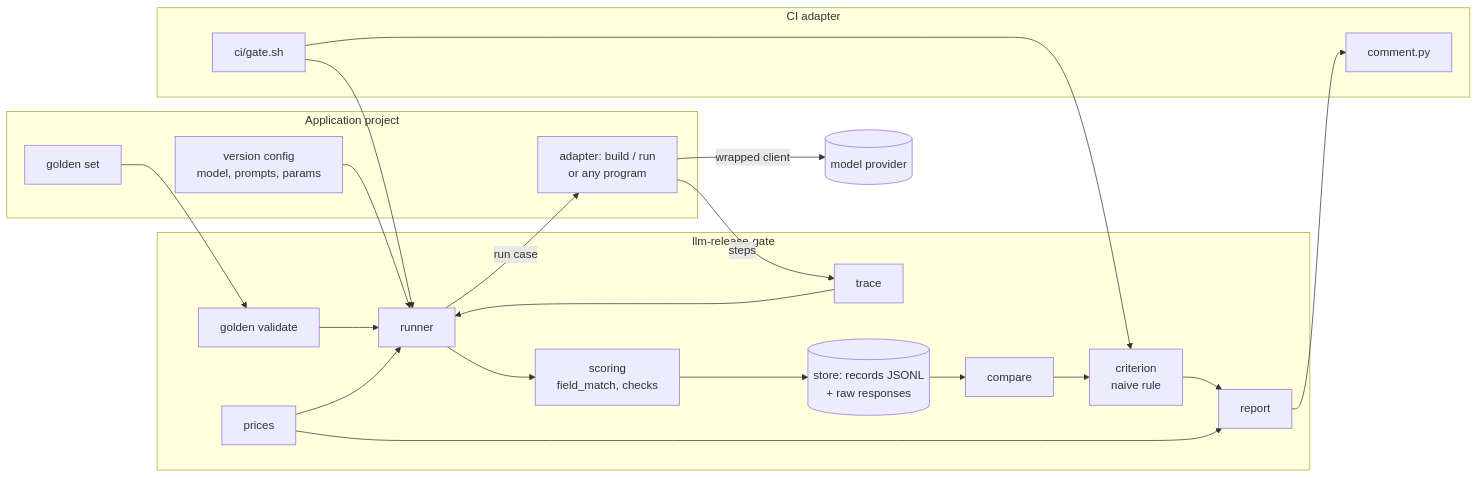
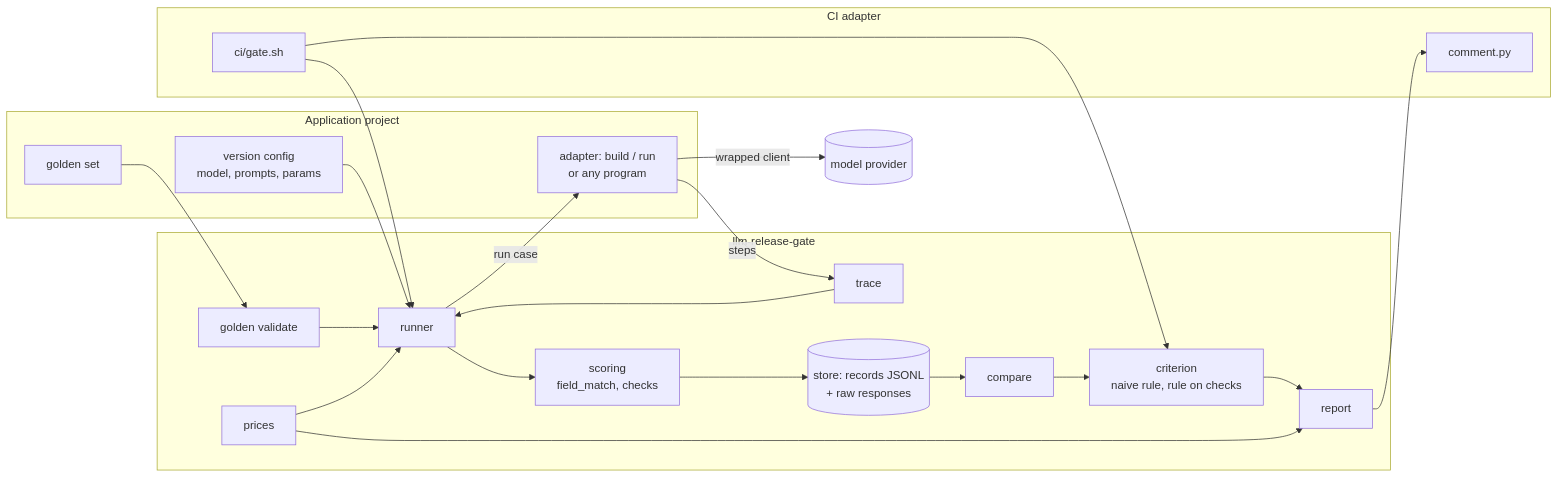
The first of 2 diagrams in docs/design.md (Ilya-Grigoryev/llm-release-gate), drawn with Mermaid before and after one commit. The commit also changed other lines of this file and 2 other files, not shown here.

Commit message:
feat(criterion): add the rule on checks with Fisher's test and Tarone's correction

````diff
--- a/docs/design.md
+++ b/docs/design.md
@@ -162,36 +168,36 @@
 ```mermaid
 flowchart LR
     subgraph app[Application project]
         config[version config<br/>model, prompts, params]
         adapter[adapter: build / run<br/>or any program]
         cases[golden set]
     end
     subgraph gate[llm-release-gate]
         validate[golden validate]
         runner[runner]
         trace[trace]
         scoring[scoring<br/>field_match, checks]
         store[(store: records JSONL<br/>+ raw responses)]
         compare[compare]
-        criterion[criterion<br/>naive rule]
+        criterion[criterion<br/>naive rule, rule on checks]
         prices[prices]
         report[report]
     end
     subgraph ci[CI adapter]
         gatesh[ci/gate.sh]
         comment[comment.py]
     end
     provider[(model provider)]
     cases --> validate --> runner
     config --> runner
     runner -->|run case| adapter
     adapter -->|wrapped client| provider
     adapter -->|steps| trace --> runner
     runner --> scoring --> store
     store --> compare --> criterion --> report
     prices --> runner
     prices --> report
     gatesh --> runner
     gatesh --> criterion
     report --> comment
 ```
````
